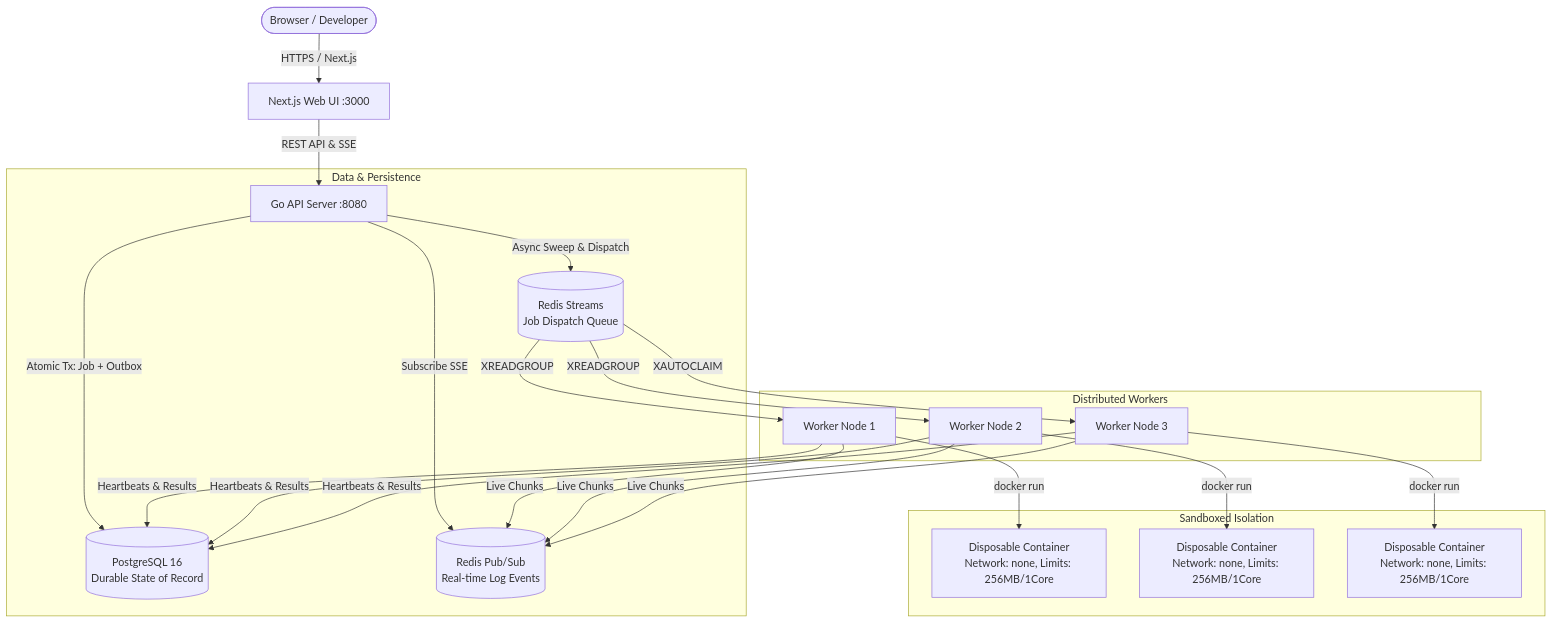
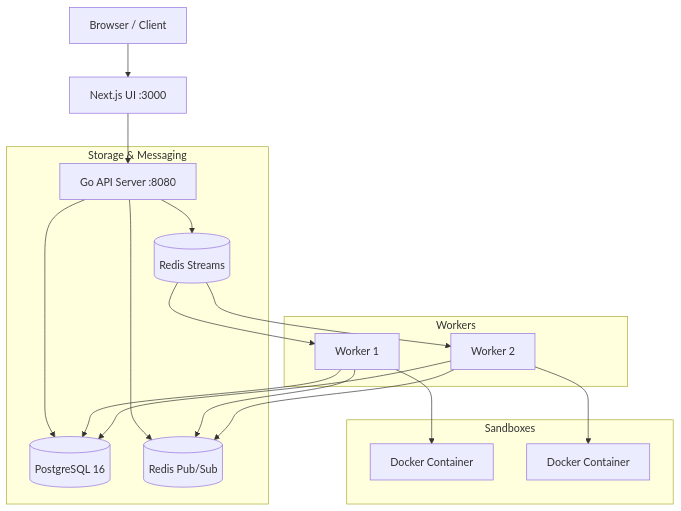
The diagram in README.md (mnvvshu/ForgeQueue), drawn with Mermaid before and after one commit. The commit also changed other lines of this file and 18 other files, not shown here.

````diff
--- a/README.md
+++ b/README.md
@@ -12,31 +21,25 @@
 ```mermaid
-graph TD
-    User([Browser / Developer]) -->|HTTPS / Next.js| Web[Next.js Web UI :3000]
-    Web -->|REST API & SSE| API[Go API Server :8080]
-    
-    subgraph Data & Persistence
-        API -->|Atomic Tx: Job + Outbox| PG[(PostgreSQL 16\nDurable State of Record)]
-        API -->|Async Sweep & Dispatch| Stream[(Redis Streams\nJob Dispatch Queue)]
-        API -->|Subscribe SSE| PubSub[(Redis Pub/Sub\nReal-time Log Events)]
+flowchart TD
+    Client[Browser / Client] --> Web[Next.js UI :3000]
+    Web --> API[Go API Server :8080]
+
+    subgraph Storage & Messaging
+        API --> PG[(PostgreSQL 16)]
+        API --> Streams[(Redis Streams)]
+        API --> PubSub[(Redis Pub/Sub)]
     end
 
-    subgraph Distributed Workers
-        Stream -->|XREADGROUP| W1[Worker Node 1]
-        Stream -->|XREADGROUP| W2[Worker Node 2]
-        Stream -->|XAUTOCLAIM| W3[Worker Node 3]
-        
-        W1 -->|Heartbeats & Results| PG
-        W2 -->|Heartbeats & Results| PG
-        W3 -->|Heartbeats & Results| PG
-        
-        W1 -->|Live Chunks| PubSub
-        W2 -->|Live Chunks| PubSub
-        W3 -->|Live Chunks| PubSub
+    subgraph Workers
+        Streams --> W1[Worker 1]
+        Streams --> W2[Worker 2]
+        W1 --> PG
+        W2 --> PG
+        W1 --> PubSub
+        W2 --> PubSub
     end
 
-    subgraph Sandboxed Isolation
-        W1 -->|docker run| C1[Disposable Container\nNetwork: none, Limits: 256MB/1Core]
-        W2 -->|docker run| C2[Disposable Container\nNetwork: none, Limits: 256MB/1Core]
-        W3 -->|docker run| C3[Disposable Container\nNetwork: none, Limits: 256MB/1Core]
+    subgraph Sandboxes
+        W1 --> C1[Docker Container]
+        W2 --> C2[Docker Container]
     end
 ```
````
